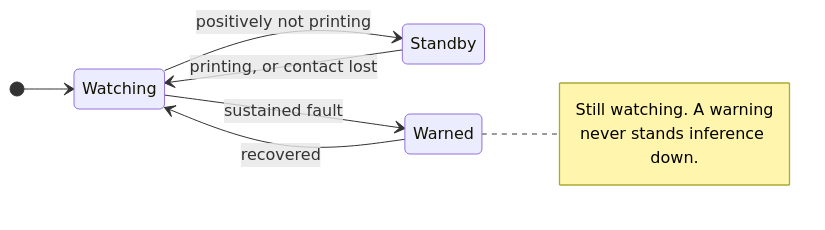
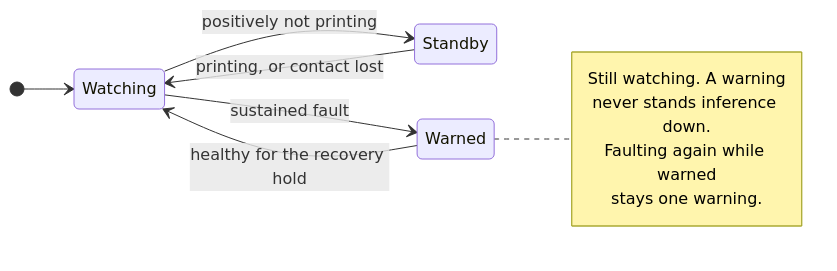
The fourth of 4 diagrams in docs/architecture.md (oliverbravery/PrintGuard), drawn with Mermaid before and after one commit. The commit also changed other lines of this file and 3 other files, not shown here.

````diff
--- a/docs/architecture.md
+++ b/docs/architecture.md
@@ -271,13 +271,15 @@
 ```mermaid
 stateDiagram-v2
     direction LR
     [*] --> Watching
     Standby --> Watching: printing, or contact lost
     Watching --> Standby: positively not printing
     Watching --> Warned: sustained fault
-    Warned --> Watching: recovered
+    Warned --> Watching: healthy for the recovery hold
     note right of Warned
         Still watching. A warning
         never stands inference down.
+        Faulting again while warned
+        stays one warning.
     end note
 ```
````
